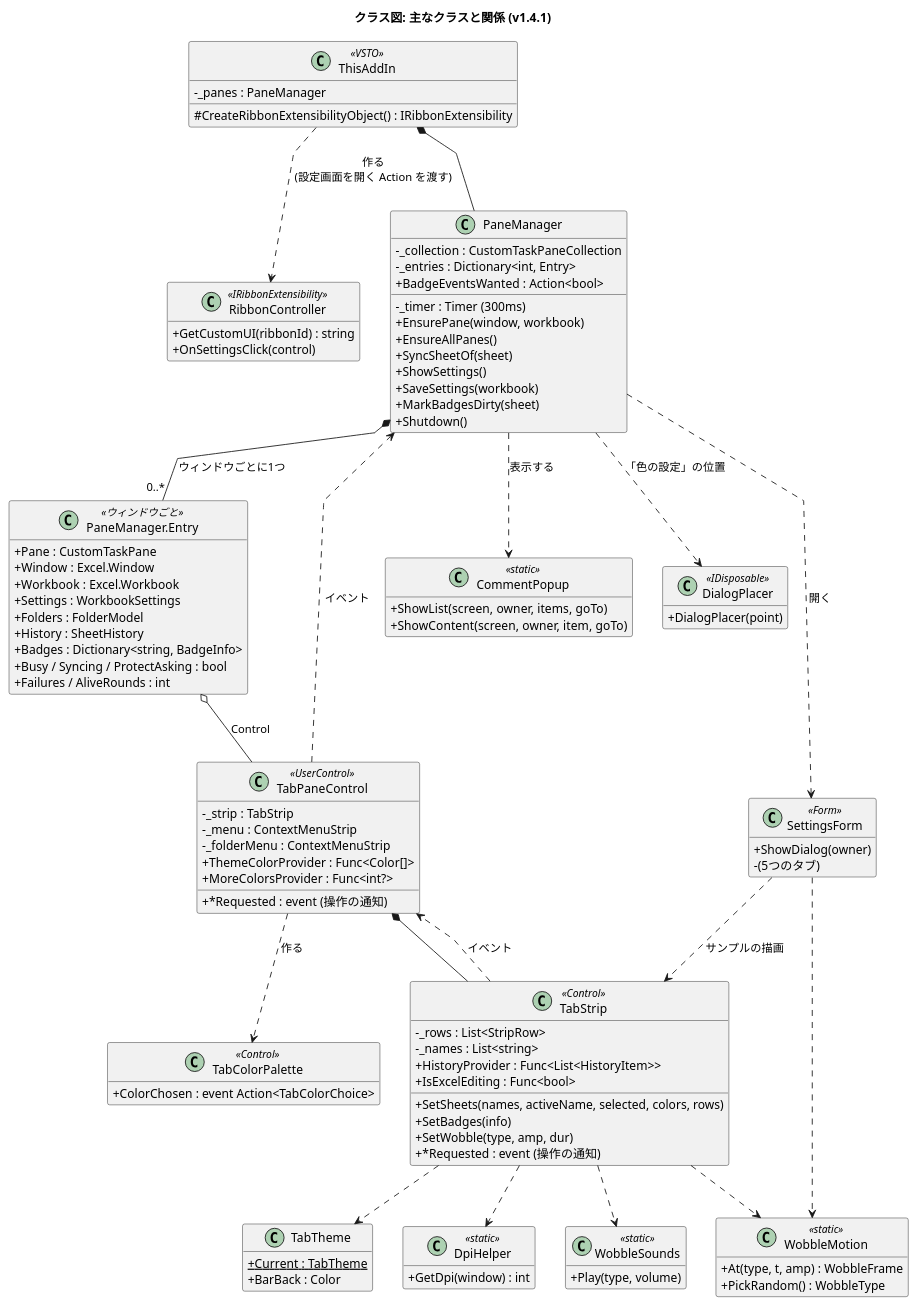
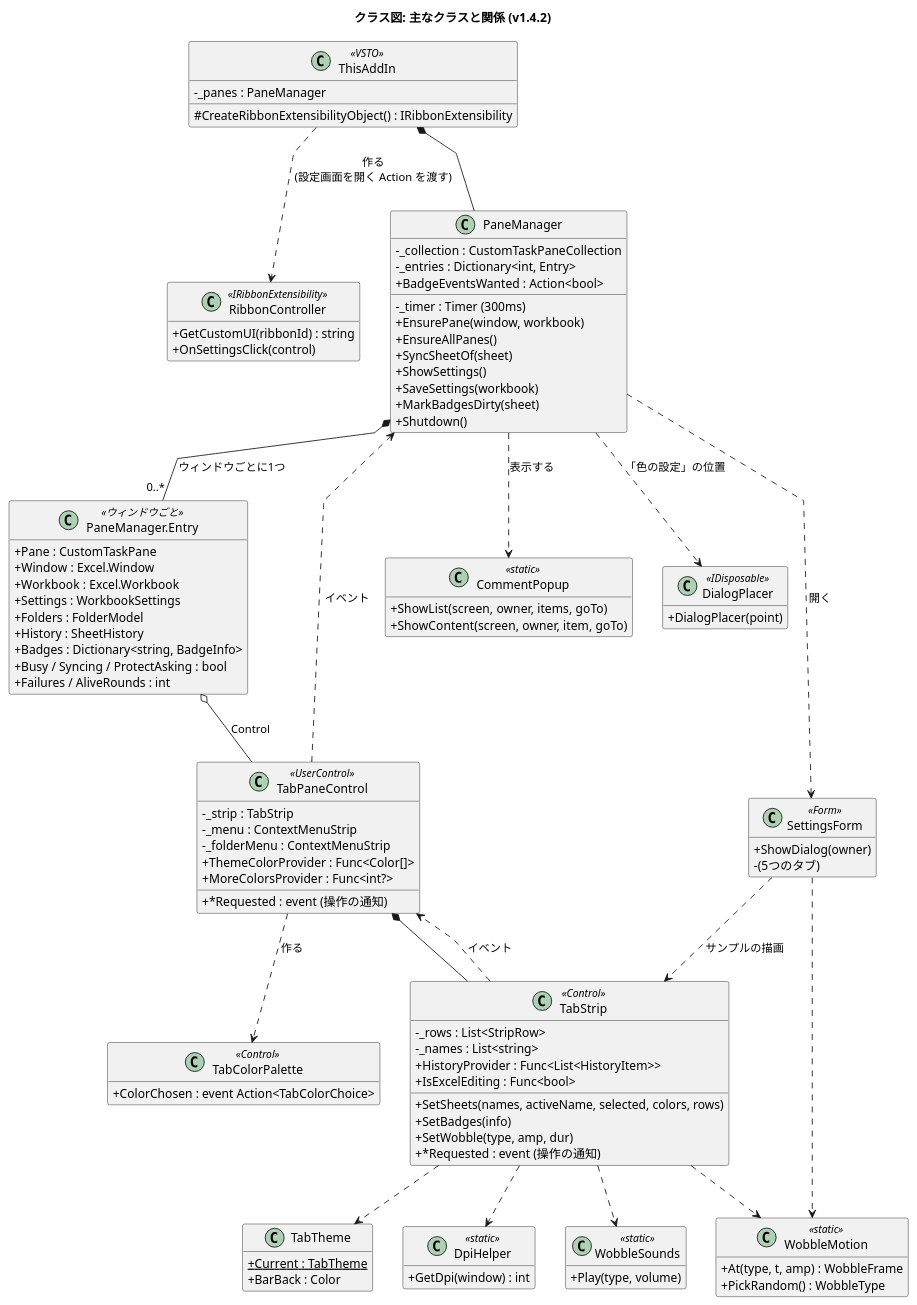
Before and after one commit to nk-taka623/VerticalSheetTabs: the diagram in docs/class-structure.puml, drawn with PlantUML. The commit also changed 14 other files, not shown here.

Commit message:
v1.4.2 にする (バージョン、README の変更点、設計図の版数)

```diff
--- a/docs/class-structure.puml
+++ b/docs/class-structure.puml
@@ -1,117 +1,117 @@
 @startuml
-title クラス図: 主なクラスと関係 (v1.4.1)
+title クラス図: 主なクラスと関係 (v1.4.2)
 skinparam shadowing false
 skinparam classAttributeIconSize 0
 skinparam linetype polyline
 hide empty members
 
 class ThisAddIn <<VSTO>> {
   -_panes : PaneManager
   #CreateRibbonExtensibilityObject() : IRibbonExtensibility
 }
 
 class RibbonController <<IRibbonExtensibility>> {
   +GetCustomUI(ribbonId) : string
   +OnSettingsClick(control)
 }
 
 class PaneManager {
   -_collection : CustomTaskPaneCollection
   -_entries : Dictionary<int, Entry>
   -_timer : Timer (300ms)
   +BadgeEventsWanted : Action<bool>
   +EnsurePane(window, workbook)
   +EnsureAllPanes()
   +SyncSheetOf(sheet)
   +ShowSettings()
   +SaveSettings(workbook)
   +MarkBadgesDirty(sheet)
   +Shutdown()
 }
 
 class "PaneManager.Entry" as Entry <<ウィンドウごと>> {
   +Pane : CustomTaskPane
   +Window : Excel.Window
   +Workbook : Excel.Workbook
   +Settings : WorkbookSettings
   +Folders : FolderModel
   +History : SheetHistory
   +Badges : Dictionary<string, BadgeInfo>
   +Busy / Syncing / ProtectAsking : bool
   +Failures / AliveRounds : int
 }
 
 class TabPaneControl <<UserControl>> {
   -_strip : TabStrip
   -_menu : ContextMenuStrip
   -_folderMenu : ContextMenuStrip
   +ThemeColorProvider : Func<Color[]>
   +MoreColorsProvider : Func<int?>
   +*Requested : event (操作の通知)
 }
 
 class TabStrip <<Control>> {
   -_rows : List<StripRow>
   -_names : List<string>
   +SetSheets(names, activeName, selected, colors, rows)
   +SetBadges(info)
   +SetWobble(type, amp, dur)
   +*Requested : event (操作の通知)
   +HistoryProvider : Func<List<HistoryItem>>
   +IsExcelEditing : Func<bool>
 }
 
 class TabColorPalette <<Control>> {
   +ColorChosen : event Action<TabColorChoice>
 }
 
 class SettingsForm <<Form>> {
   +ShowDialog(owner)
   -(5つのタブ)
 }
 
 class CommentPopup <<static>> {
   +ShowList(screen, owner, items, goTo)
   +ShowContent(screen, owner, item, goTo)
 }
 
 class DialogPlacer <<IDisposable>> {
   +DialogPlacer(point)
 }
 
 class TabTheme {
   +Current : TabTheme {static}
   +BarBack : Color
 }
 
 class DpiHelper <<static>> {
   +GetDpi(window) : int
 }
 
 class WobbleMotion <<static>> {
   +At(type, t, amp) : WobbleFrame
   +PickRandom() : WobbleType
 }
 
 class WobbleSounds <<static>> {
   +Play(type, volume)
 }
 
 ThisAddIn *-- PaneManager
 ThisAddIn ..> RibbonController : 作る\n(設定画面を開く Action を渡す)
 PaneManager *-- "0..*" Entry : ウィンドウごとに1つ
 Entry o-- TabPaneControl : Control
 TabPaneControl *-- TabStrip
 TabPaneControl ..> TabColorPalette : 作る
 TabStrip ..> TabPaneControl : イベント
 TabPaneControl ..> PaneManager : イベント
 PaneManager ..> SettingsForm : 開く
 PaneManager ..> CommentPopup : 表示する
 PaneManager ..> DialogPlacer : 「色の設定」の位置
 SettingsForm ..> TabStrip : サンプルの描画
 TabStrip ..> TabTheme
 TabStrip ..> DpiHelper
 TabStrip ..> WobbleMotion
 TabStrip ..> WobbleSounds
 SettingsForm ..> WobbleMotion
 @enduml
```
